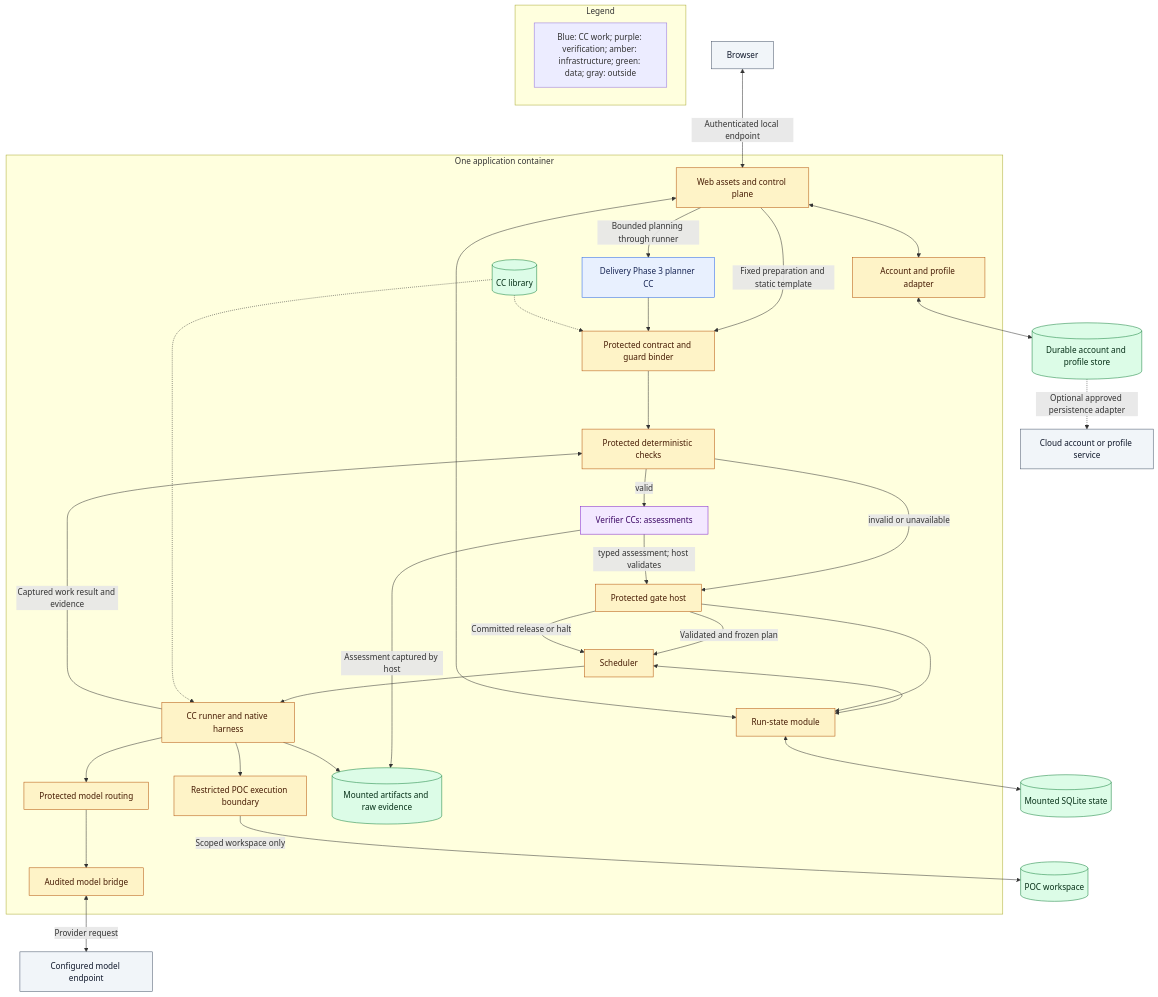
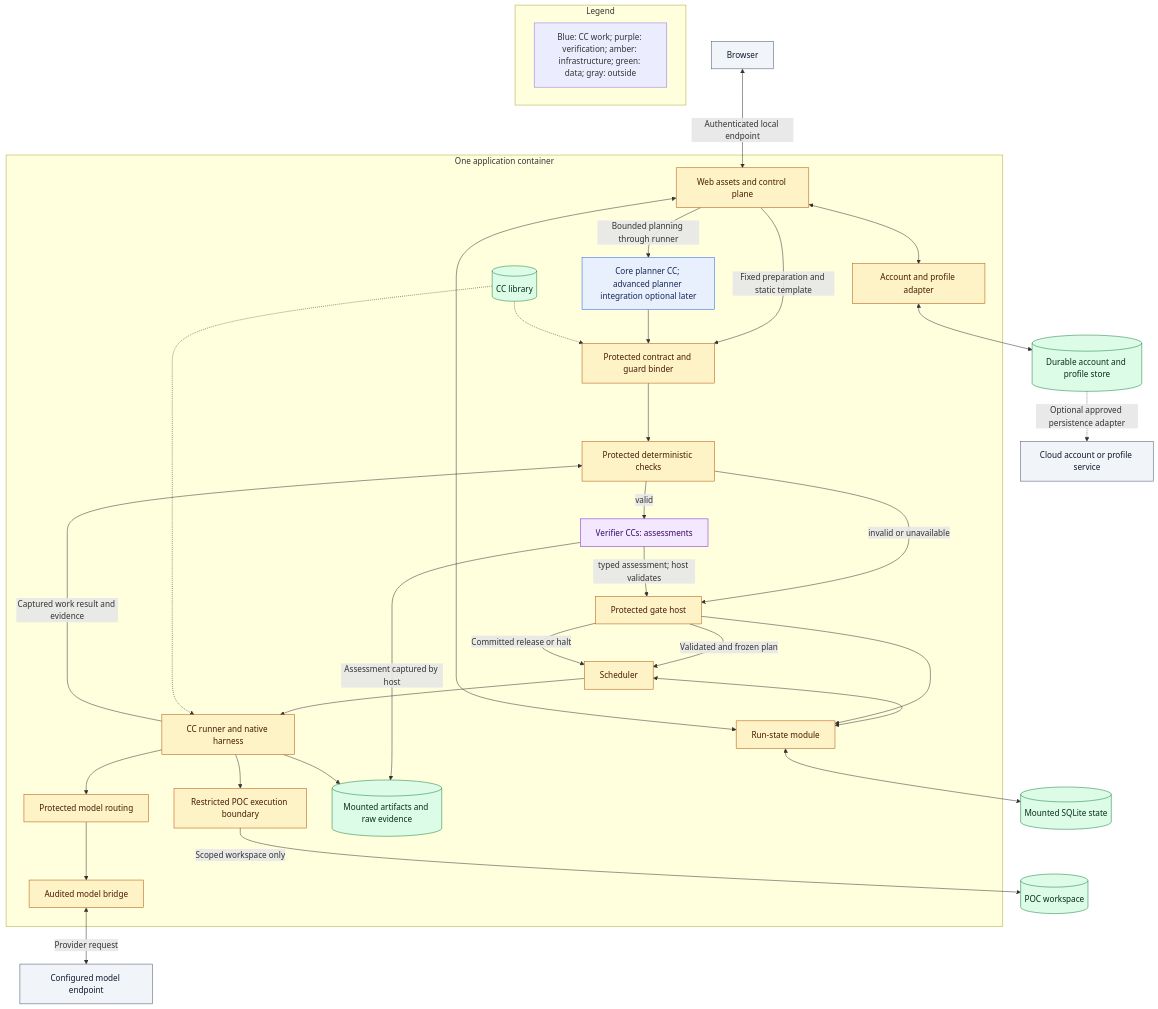
Before and after one commit to Stellven/jiuwenswarm: the first of 2 diagrams in docs/architecture/design-package/placement.md, drawn with Mermaid. The commit also changed other lines of this file and 114 other files, not shown here.

````diff
--- a/docs/architecture/design-package/placement.md
+++ b/docs/architecture/design-package/placement.md
@@ -9,61 +9,61 @@
 ```mermaid
 flowchart TB
     Browser[Browser]
     subgraph App[One application container]
         Web[Web assets and control plane]
-        Planner[Delivery Phase 3 planner CC]
+        Planner[Core planner CC; advanced planner integration optional later]
         Binder[Protected contract and guard binder]
         Scheduler[Scheduler]
         Runner[CC runner and native harness]
         Verify[Verifier CCs: assessments]
         Gate[Protected gate host]
         Library[(CC library)]
         Bridge[Audited model bridge]
         State[Run-state module]
         POC[Restricted POC execution boundary]
         Web -->|Fixed preparation and static template| Binder
         Web -->|Bounded planning through runner| Planner
         Planner --> Binder
         Binder --> Det[Protected deterministic checks]
         Det -->|valid| Verify
         Det -->|invalid or unavailable| Gate
         Verify -->|typed assessment; host validates| Gate
         Gate -->|Validated and frozen plan| Scheduler
         Scheduler --> Runner
         Runner -->|Captured work result and evidence| Det
         Gate -->|Committed release or halt| Scheduler
         Runner --> Routing[Protected model routing]
         Routing --> Bridge
         Runner --> POC
         Library -.-> Binder
         Library -.-> Runner
         Scheduler <--> State
         Verify -->|Assessment captured by host| Files
         Gate --> State
         Web <--> State
         Profile[Account and profile adapter]
         Web <--> Profile
     end
     Browser <-->|Authenticated local endpoint| Web
     Bridge <-->|Provider request| Model[Configured model endpoint]
     Profile <--> Profiles[(Durable account and profile store)]
     Profiles -.->|Optional approved persistence adapter| Cloud[Cloud account or profile service]
     State <--> DB[(Mounted SQLite state)]
     Runner --> Files[(Mounted artifacts and raw evidence)]
     POC -->|Scoped workspace only| Workspace[(POC workspace)]
     subgraph Legend[Legend]
         Key[Blue: CC work; purple: verification; amber: infrastructure; green: data; gray: outside]
     end
     classDef work fill:#E8F0FE,stroke:#2563EB,color:#172554
     classDef verify fill:#F3E8FF,stroke:#7E22CE,color:#3B0764
     classDef control fill:#FEF3C7,stroke:#B45309,color:#451A03
     classDef data fill:#DCFCE7,stroke:#15803D,color:#052E16
     classDef outside fill:#F1F5F9,stroke:#475569,color:#0F172A
     class Planner work
     class Verify verify
     class Web,Binder,Scheduler,Runner,Bridge,Routing,Det,State,POC,Gate control
     class Library,DB,Files,Workspace data
     class Browser,Model,Cloud outside
     class Profile control
     class Profiles data
 ```
````
